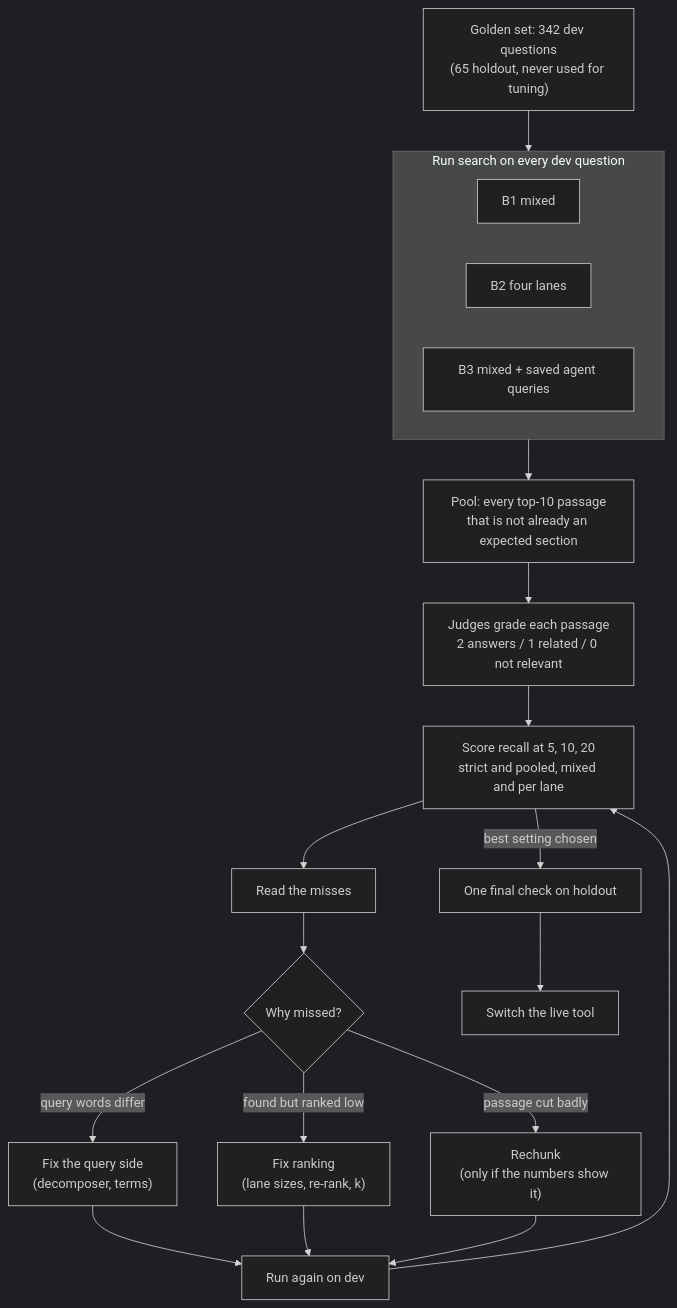
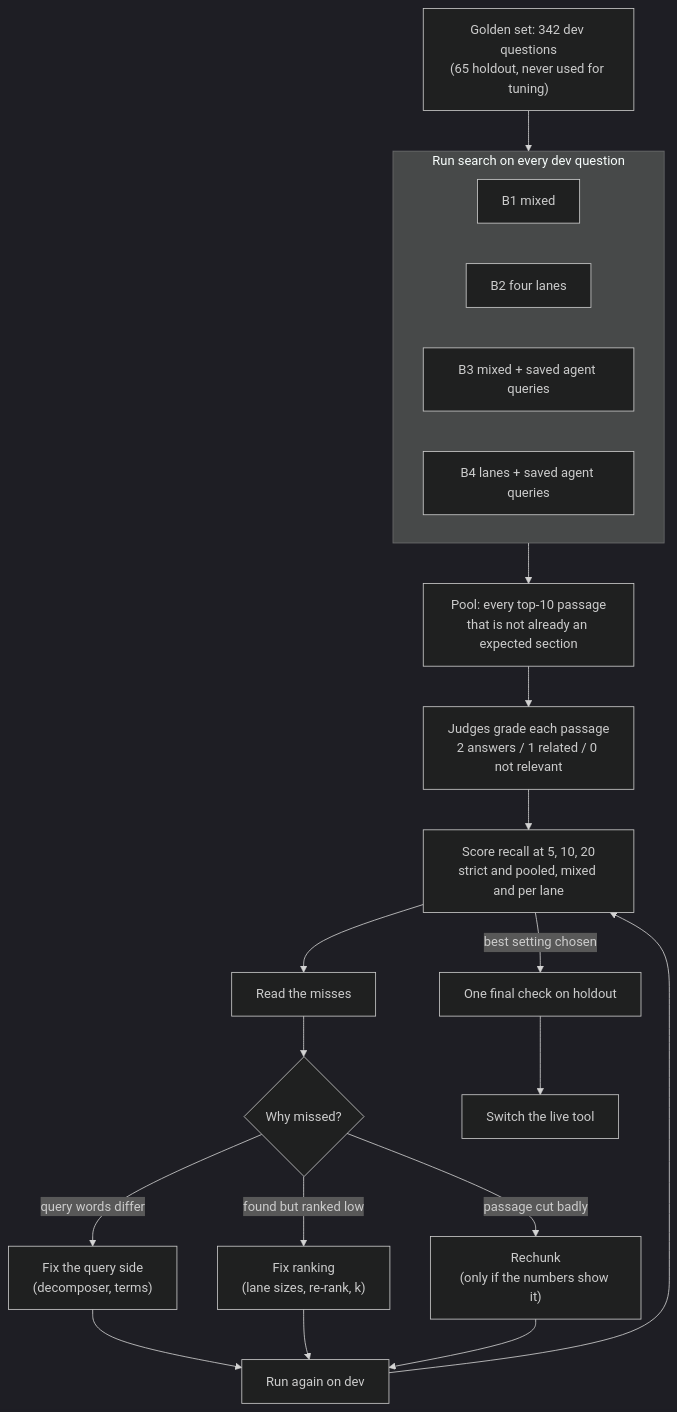
One commit to florinmarcus/builders_lab changed the fourth of 6 diagrams in architecture/design/retrieval-tuning.md. Above: the diagram before and after it, drawn with Mermaid (dark theme). The commit also changed other lines of this file and 2 other files, not shown here.

````diff
--- a/architecture/design/retrieval-tuning.md
+++ b/architecture/design/retrieval-tuning.md
@@ -82,24 +82,25 @@
 ```mermaid
 flowchart TB
     gs["Golden set: 342 dev questions<br/>(65 holdout, never used for tuning)"] --> runs
 
     subgraph runs["Run search on every dev question"]
         direction LR
         B1["B1 mixed"]
         B2["B2 four lanes"]
         B3["B3 mixed + saved agent queries"]
+        B4["B4 lanes + saved agent queries"]
     end
 
     runs --> pool["Pool: every top-10 passage<br/>that is not already an expected section"]
     pool --> judge["Judges grade each passage<br/>2 answers / 1 related / 0 not relevant"]
     judge --> score["Score recall at 5, 10, 20<br/>strict and pooled, mixed and per lane"]
     score --> miss["Read the misses"]
     miss --> why{"Why missed?"}
     why -->|"query words differ"| fq["Fix the query side<br/>(decomposer, terms)"]
     why -->|"found but ranked low"| fr["Fix ranking<br/>(lane sizes, re-rank, k)"]
     why -->|"passage cut badly"| fc["Rechunk<br/>(only if the numbers show it)"]
     fq & fr & fc --> rerun["Run again on dev"]
     rerun --> score
     score -->|"best setting chosen"| hold["One final check on holdout"]
     hold --> live["Switch the live tool"]
 ```
````
